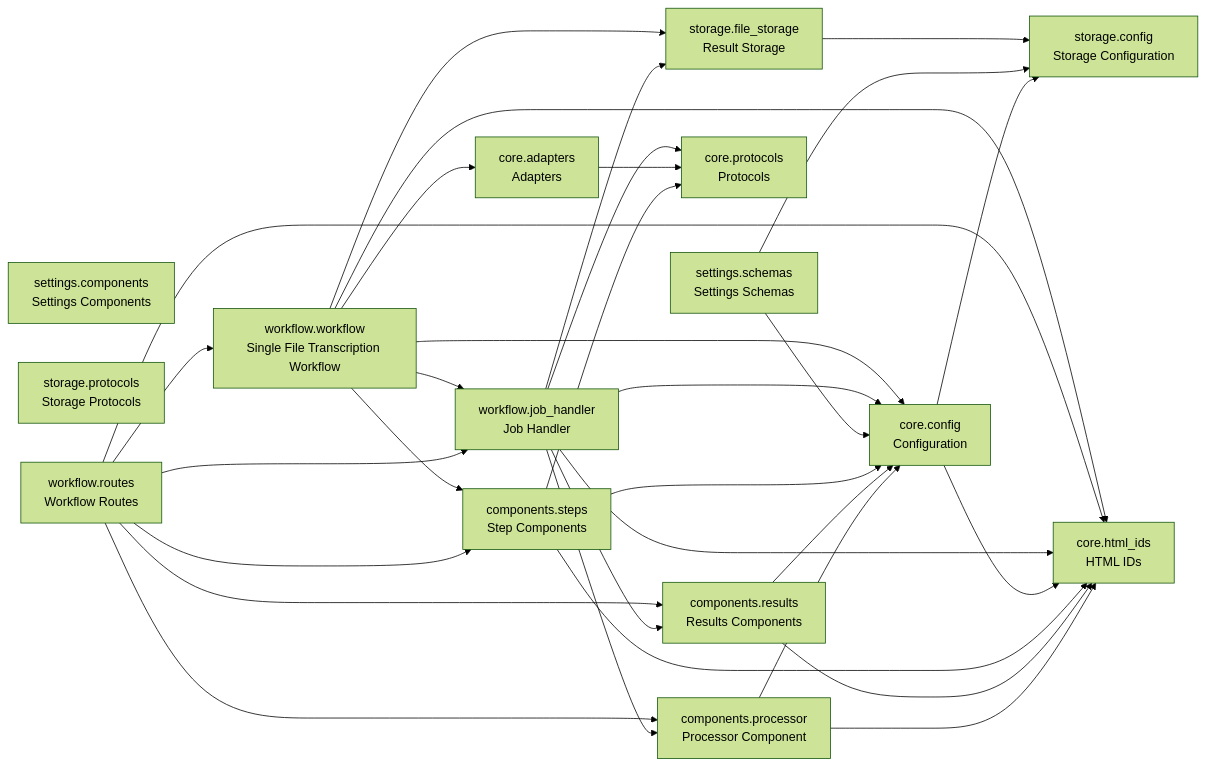
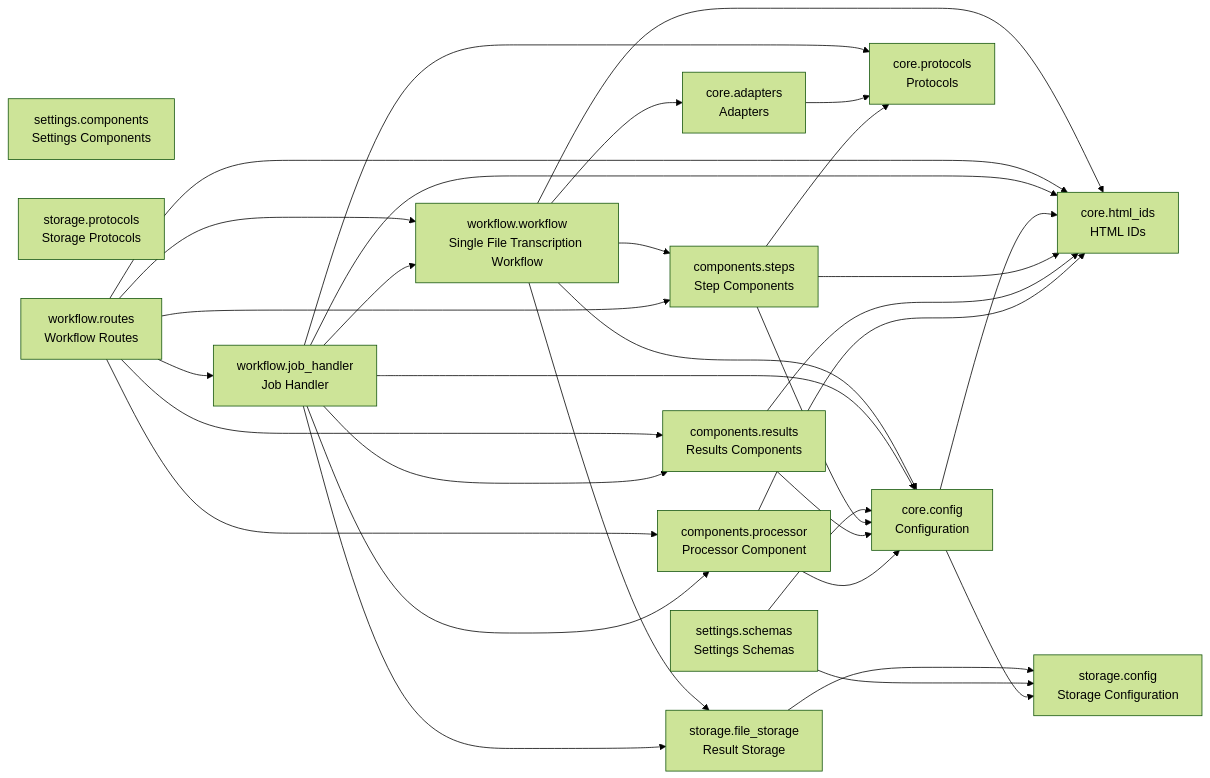
The diagram in README.md (cj-mills/cjm-fasthtml-workflow-transcription-single-file), drawn with Mermaid (forest theme) before and after one commit. The commit also changed other lines of this file and 7 other files, not shown here.

````diff
--- a/README.md
+++ b/README.md
@@ -40,50 +40,50 @@
 ``` mermaid
 graph LR
     components_processor[components.processor<br/>Processor Component]
     components_results[components.results<br/>Results Components]
     components_steps[components.steps<br/>Step Components]
     core_adapters[core.adapters<br/>Adapters]
     core_config[core.config<br/>Configuration]
     core_html_ids[core.html_ids<br/>HTML IDs]
     core_protocols[core.protocols<br/>Protocols]
     settings_components[settings.components<br/>Settings Components]
     settings_schemas[settings.schemas<br/>Settings Schemas]
     storage_config[storage.config<br/>Storage Configuration]
     storage_file_storage[storage.file_storage<br/>Result Storage]
     storage_protocols[storage.protocols<br/>Storage Protocols]
     workflow_job_handler[workflow.job_handler<br/>Job Handler]
     workflow_routes[workflow.routes<br/>Workflow Routes]
     workflow_workflow[workflow.workflow<br/>Single File Transcription Workflow]
 
+    components_processor --> core_html_ids
     components_processor --> core_config
-    components_processor --> core_html_ids
+    components_results --> core_html_ids
     components_results --> core_config
-    components_results --> core_html_ids
+    components_steps --> core_html_ids
     components_steps --> core_protocols
     components_steps --> core_config
-    components_steps --> core_html_ids
     core_adapters --> core_protocols
+    core_config --> core_html_ids
     core_config --> storage_config
-    core_config --> core_html_ids
+    settings_schemas --> storage_config
     settings_schemas --> core_config
-    settings_schemas --> storage_config
     storage_file_storage --> storage_config
+    workflow_job_handler --> core_html_ids
+    workflow_job_handler --> components_results
     workflow_job_handler --> core_protocols
+    workflow_job_handler --> workflow_workflow
+    workflow_job_handler --> components_processor
+    workflow_job_handler --> core_config
     workflow_job_handler --> storage_file_storage
-    workflow_job_handler --> components_results
-    workflow_job_handler --> core_html_ids
-    workflow_job_handler --> core_config
-    workflow_job_handler --> components_processor
+    workflow_routes --> core_html_ids
     workflow_routes --> components_results
+    workflow_routes --> workflow_workflow
+    workflow_routes --> components_processor
     workflow_routes --> workflow_job_handler
-    workflow_routes --> core_html_ids
     workflow_routes --> components_steps
-    workflow_routes --> components_processor
-    workflow_routes --> workflow_workflow
+    workflow_workflow --> core_html_ids
+    workflow_workflow --> core_adapters
     workflow_workflow --> components_steps
-    workflow_workflow --> core_adapters
+    workflow_workflow --> storage_file_storage
     workflow_workflow --> core_config
-    workflow_workflow --> storage_file_storage
-    workflow_workflow --> core_html_ids
-    workflow_workflow --> workflow_job_handler
 ```
````
